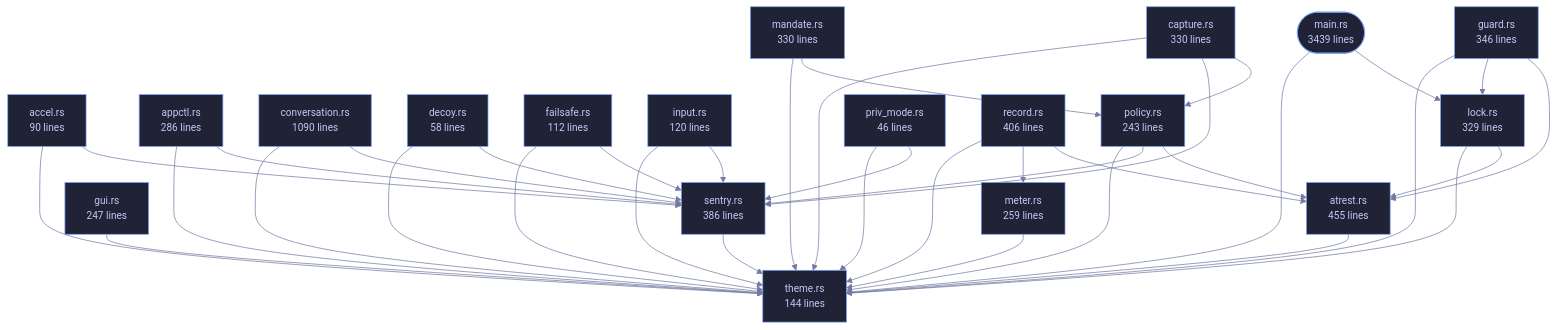
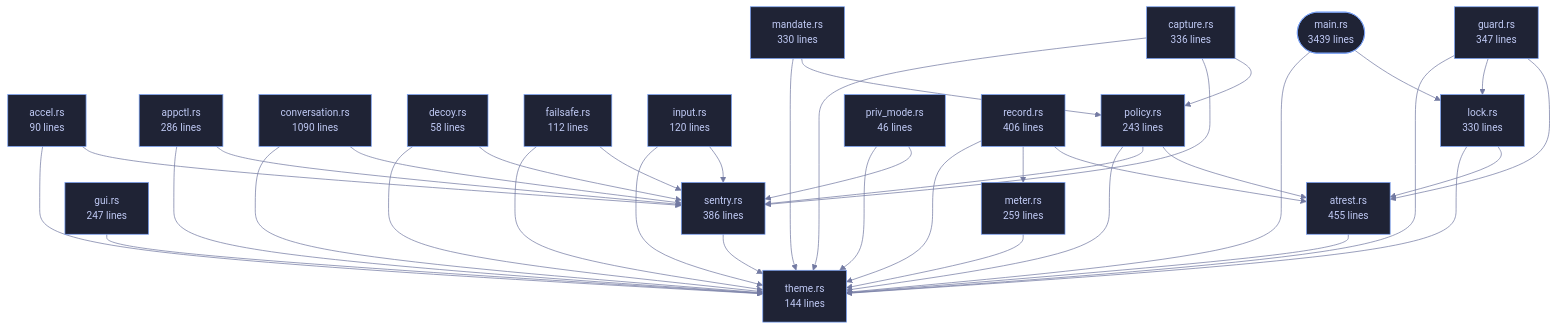
The diagram in crates/veilvoice-cli/README.md (tilas01/veilvoice), drawn with Mermaid before and after one commit. The commit also changed other lines of this file and 53 other files, not shown here.

````diff
--- a/crates/veilvoice-cli/README.md
+++ b/crates/veilvoice-cli/README.md
@@ -110,78 +110,78 @@
 ```mermaid
 %%{init: {"theme":"base","themeVariables":{"background":"#1a1b26","primaryColor":"#1f2335","primaryTextColor":"#c0caf5","primaryBorderColor":"#7aa2f7","secondaryColor":"#16161e","tertiaryColor":"#16161e","lineColor":"#737aa2","textColor":"#c0caf5","mainBkg":"#1f2335","nodeBorder":"#7aa2f7","clusterBkg":"#16161e","clusterBorder":"#2f3549","fontFamily":"ui-monospace, SFMono-Regular, Consolas, monospace","fontSize":"14px"}}}%%
 flowchart TD
     n_main(["main.rs<br/>3439 lines"])
     n_accel["accel.rs<br/>90 lines"]
     n_appctl["appctl.rs<br/>286 lines"]
     n_atrest["atrest.rs<br/>455 lines"]
-    n_capture["capture.rs<br/>330 lines"]
+    n_capture["capture.rs<br/>336 lines"]
     n_conversation["conversation.rs<br/>1090 lines"]
     n_decoy["decoy.rs<br/>58 lines"]
     n_failsafe["failsafe.rs<br/>112 lines"]
-    n_guard["guard.rs<br/>346 lines"]
+    n_guard["guard.rs<br/>347 lines"]
     n_gui["gui.rs<br/>247 lines"]
     n_input["input.rs<br/>120 lines"]
-    n_lock["lock.rs<br/>329 lines"]
+    n_lock["lock.rs<br/>330 lines"]
     n_mandate["mandate.rs<br/>330 lines"]
     n_meter["meter.rs<br/>259 lines"]
     n_policy["policy.rs<br/>243 lines"]
     n_priv_mode["priv_mode.rs<br/>46 lines"]
     n_record["record.rs<br/>406 lines"]
     n_sentry["sentry.rs<br/>386 lines"]
     n_theme["theme.rs<br/>144 lines"]
     n_accel --> n_sentry
     n_accel --> n_theme
     n_appctl --> n_sentry
     n_appctl --> n_theme
     n_atrest --> n_theme
     n_capture --> n_policy
     n_capture --> n_sentry
     n_capture --> n_theme
     n_conversation --> n_sentry
     n_conversation --> n_theme
     n_decoy --> n_sentry
     n_decoy --> n_theme
     n_failsafe --> n_sentry
     n_failsafe --> n_theme
     n_guard --> n_atrest
     n_guard --> n_lock
     n_guard --> n_theme
     n_gui --> n_theme
     n_input --> n_sentry
     n_input --> n_theme
     n_lock --> n_atrest
     n_lock --> n_theme
     n_main --> n_lock
     n_main --> n_theme
     n_mandate --> n_policy
     n_mandate --> n_theme
     n_meter --> n_theme
     n_policy --> n_atrest
     n_policy --> n_sentry
     n_policy --> n_theme
     n_priv_mode --> n_sentry
     n_priv_mode --> n_theme
     n_record --> n_atrest
     n_record --> n_meter
     n_record --> n_theme
     n_sentry --> n_theme
     click n_main href "https://github.com/tilas01/veilvoice/blob/main/crates/veilvoice-cli/src/main.rs" "open the source"
     click n_accel href "https://github.com/tilas01/veilvoice/blob/main/crates/veilvoice-cli/src/accel.rs" "open the source"
     click n_appctl href "https://github.com/tilas01/veilvoice/blob/main/crates/veilvoice-cli/src/appctl.rs" "open the source"
     click n_atrest href "https://github.com/tilas01/veilvoice/blob/main/crates/veilvoice-cli/src/atrest.rs" "open the source"
     click n_capture href "https://github.com/tilas01/veilvoice/blob/main/crates/veilvoice-cli/src/capture.rs" "open the source"
     click n_conversation href "https://github.com/tilas01/veilvoice/blob/main/crates/veilvoice-cli/src/conversation.rs" "open the source"
     click n_decoy href "https://github.com/tilas01/veilvoice/blob/main/crates/veilvoice-cli/src/decoy.rs" "open the source"
     click n_failsafe href "https://github.com/tilas01/veilvoice/blob/main/crates/veilvoice-cli/src/failsafe.rs" "open the source"
     click n_guard href "https://github.com/tilas01/veilvoice/blob/main/crates/veilvoice-cli/src/guard.rs" "open the source"
     click n_gui href "https://github.com/tilas01/veilvoice/blob/main/crates/veilvoice-cli/src/gui.rs" "open the source"
     click n_input href "https://github.com/tilas01/veilvoice/blob/main/crates/veilvoice-cli/src/input.rs" "open the source"
     click n_lock href "https://github.com/tilas01/veilvoice/blob/main/crates/veilvoice-cli/src/lock.rs" "open the source"
     click n_mandate href "https://github.com/tilas01/veilvoice/blob/main/crates/veilvoice-cli/src/mandate.rs" "open the source"
     click n_meter href "https://github.com/tilas01/veilvoice/blob/main/crates/veilvoice-cli/src/meter.rs" "open the source"
     click n_policy href "https://github.com/tilas01/veilvoice/blob/main/crates/veilvoice-cli/src/policy.rs" "open the source"
     click n_priv_mode href "https://github.com/tilas01/veilvoice/blob/main/crates/veilvoice-cli/src/priv_mode.rs" "open the source"
     click n_record href "https://github.com/tilas01/veilvoice/blob/main/crates/veilvoice-cli/src/record.rs" "open the source"
     click n_sentry href "https://github.com/tilas01/veilvoice/blob/main/crates/veilvoice-cli/src/sentry.rs" "open the source"
     click n_theme href "https://github.com/tilas01/veilvoice/blob/main/crates/veilvoice-cli/src/theme.rs" "open the source"
 ```
````
